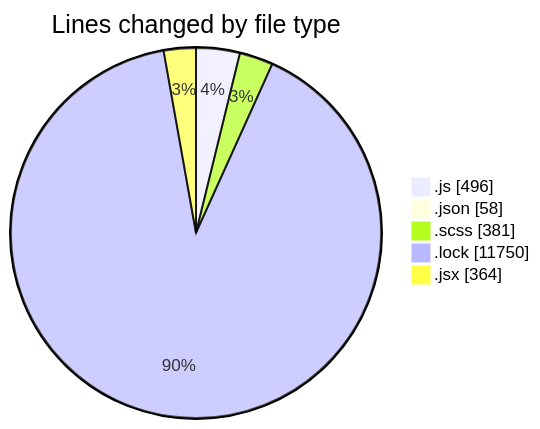
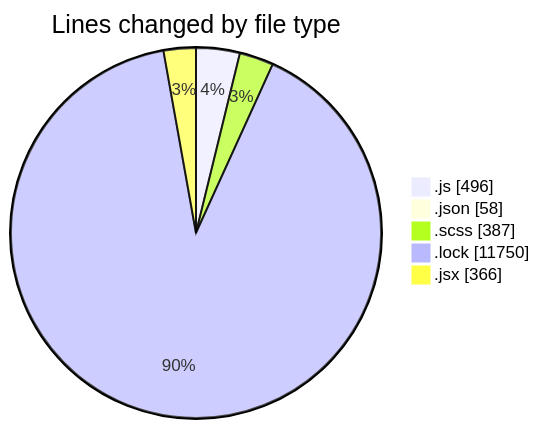
One commit to momahboobian/code-tracking changed the first of 2 diagrams in 2026-01-08/cda/README.md. Above: the diagram before and after it, drawn with Mermaid. The commit also changed other lines of this file and 1 other file, not shown here.

````diff
--- a/2026-01-08/cda/README.md
+++ b/2026-01-08/cda/README.md
@@ -37,9 +37,9 @@
 ```mermaid
 pie showData
 title Lines changed by file type
 ".js" : 496
 ".json" : 58
-".scss" : 381
+".scss" : 387
 ".lock" : 11750
-".jsx" : 364
+".jsx" : 366
 ```
````
